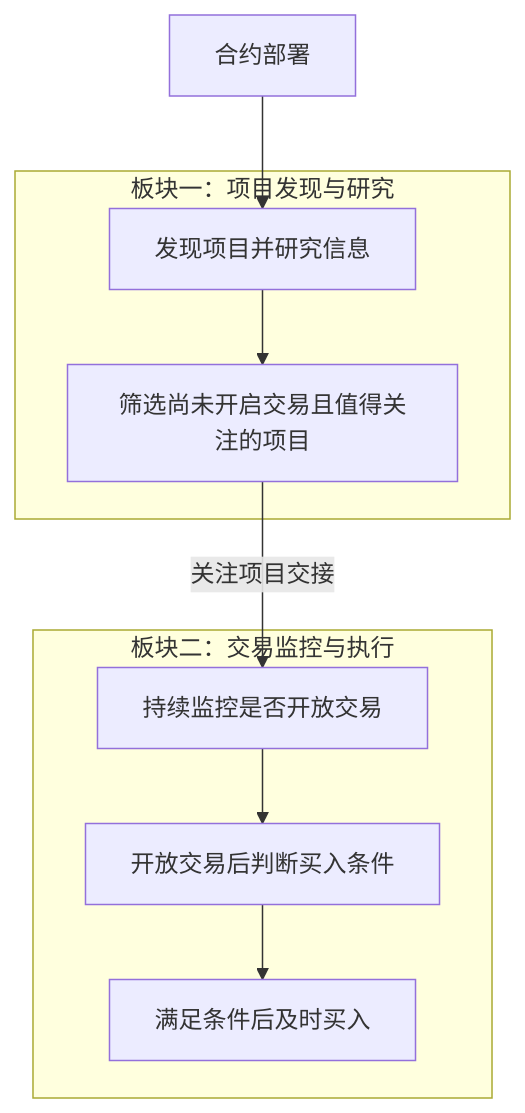
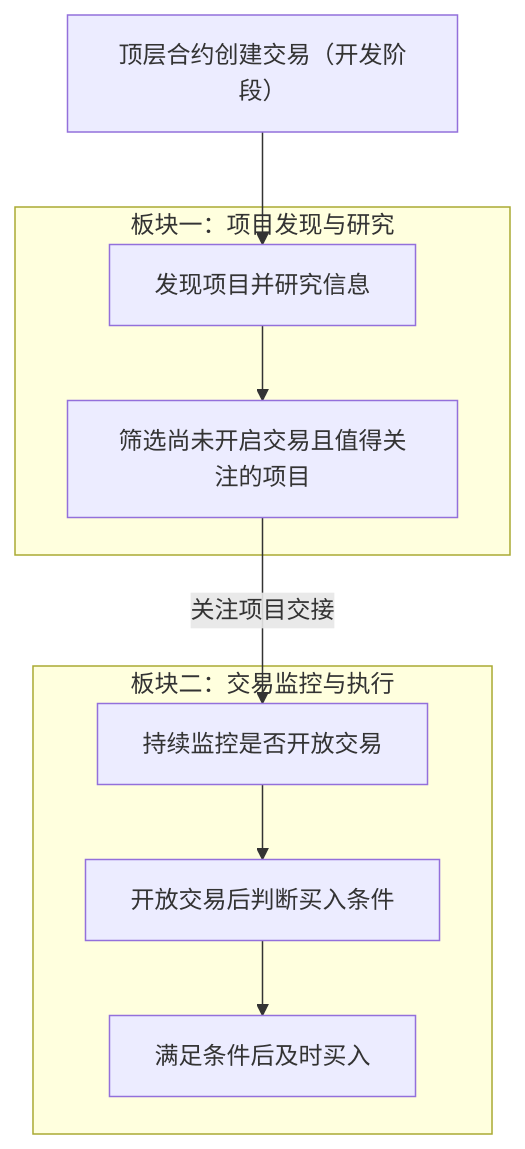
Before and after one commit to useryege/athena-o: the diagram in docs/project/token.md, drawn with Mermaid. The commit also changed other lines of this file and 1 other file, not shown here.

````diff
--- a/docs/project/token.md
+++ b/docs/project/token.md
@@ -35,17 +35,17 @@
 ```mermaid
 flowchart TD
-    deployed["合约部署"]
+    deployed["顶层合约创建交易（开发阶段）"]
     subgraph research["板块一：项目发现与研究"]
         investigate["发现项目并研究信息"]
         select["筛选尚未开启交易且值得关注的项目"]
         investigate --> select
     end
     subgraph execution["板块二：交易监控与执行"]
         monitor["持续监控是否开放交易"]
         conditions["开放交易后判断买入条件"]
         buy["满足条件后及时买入"]
         monitor --> conditions --> buy
     end
     deployed --> investigate
     select -->|"关注项目交接"| monitor
 ```
````
